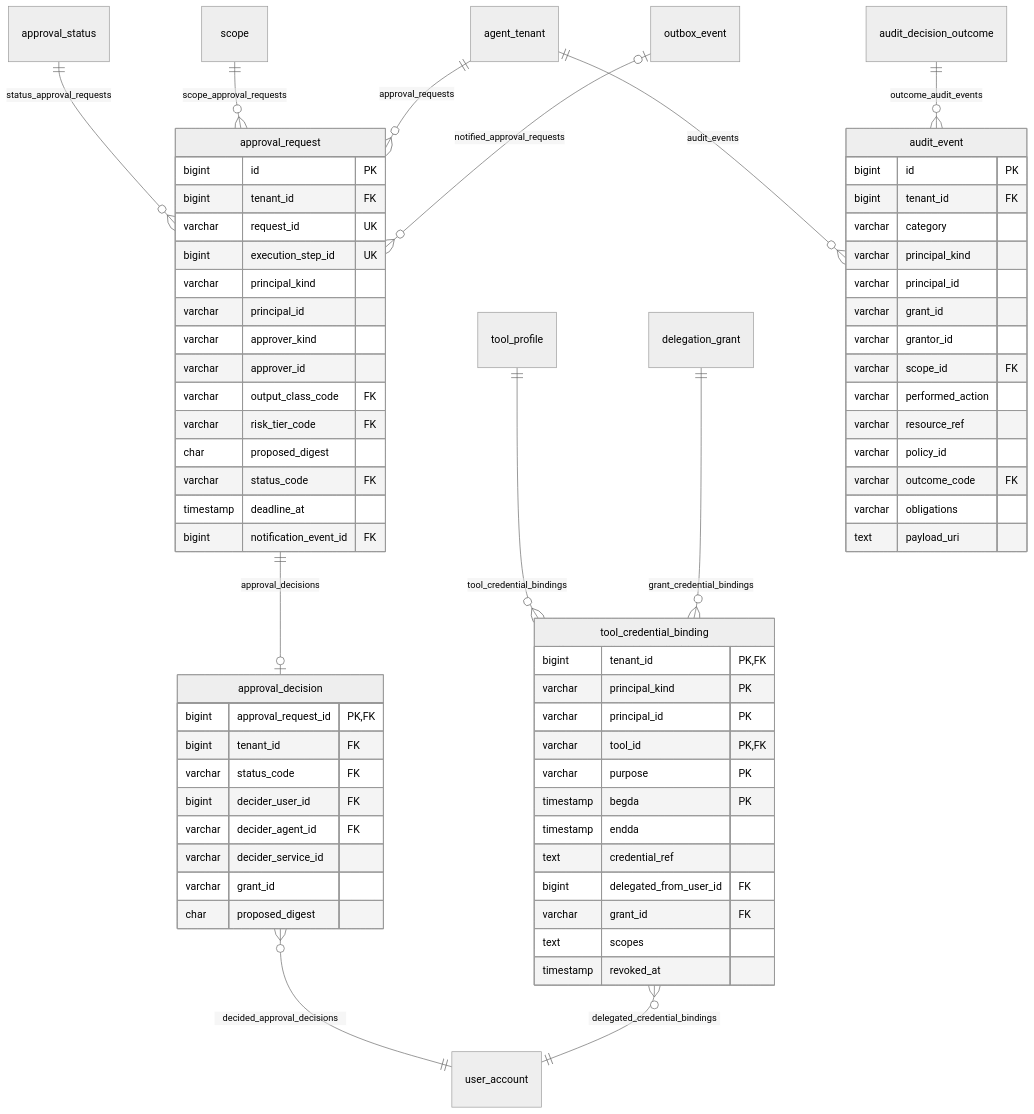
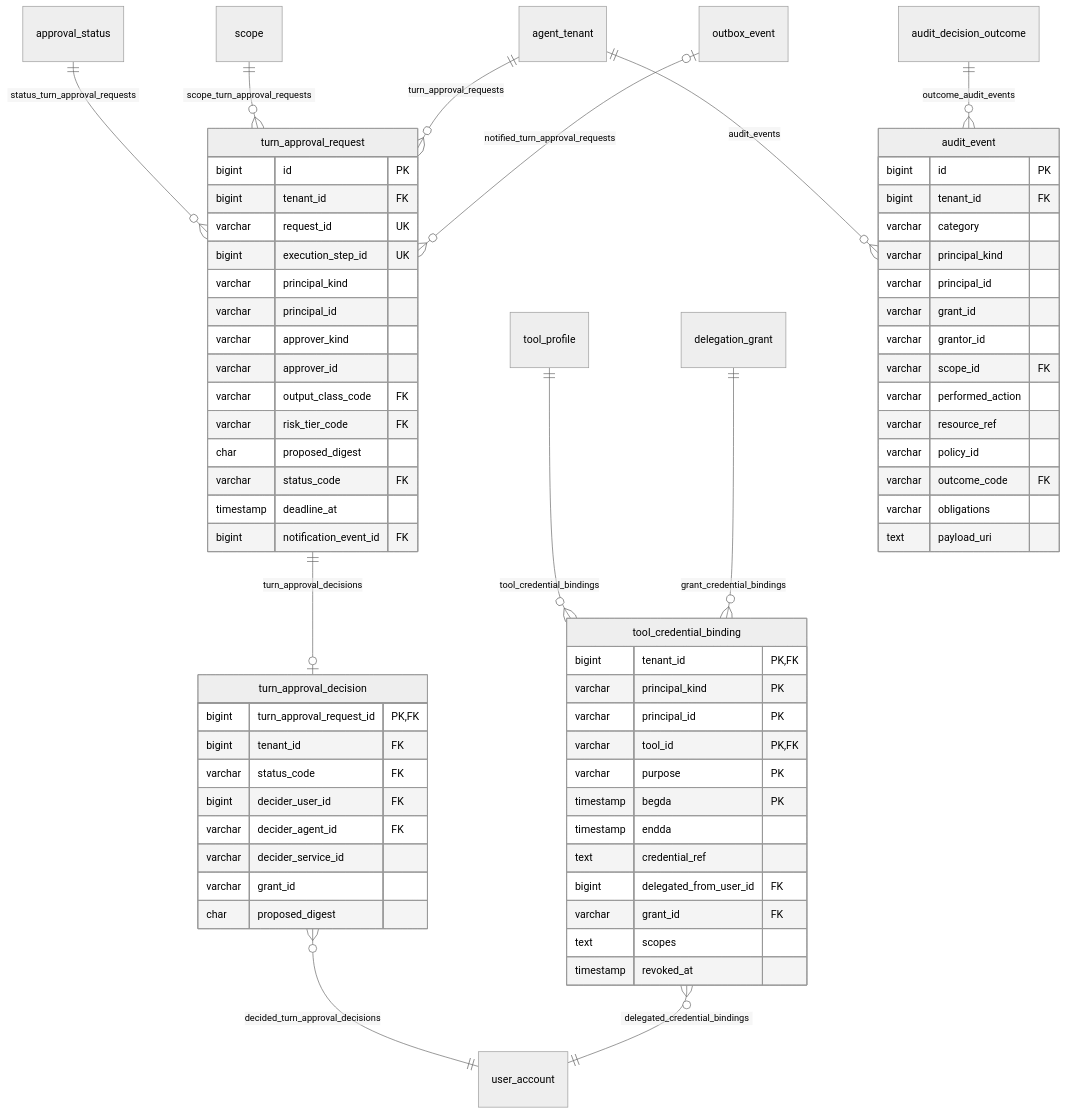
One commit to nauticana/scout changed the tenth of 18 diagrams in doc/database.md. Above: the diagram before and after it, drawn with Mermaid (neutral theme). The commit also changed other lines of this file and 29 other files, not shown here.

Commit message:
keel v1.2.100, confirmed MCP tool calls, turn approval tables renamed, restriction changes audited atomically

````diff
--- a/doc/database.md
+++ b/doc/database.md
@@ -883,71 +885,71 @@
 ```mermaid
 erDiagram
-    approval_status ||--o{ approval_request : status_approval_requests
-    scope ||--o{ approval_request : scope_approval_requests
-    agent_tenant ||--o{ approval_request : approval_requests
-    approval_request ||--o| approval_decision : approval_decisions
-    outbox_event |o--o{ approval_request : notified_approval_requests
+    approval_status ||--o{ turn_approval_request : status_turn_approval_requests
+    scope ||--o{ turn_approval_request : scope_turn_approval_requests
+    agent_tenant ||--o{ turn_approval_request : turn_approval_requests
+    turn_approval_request ||--o| turn_approval_decision : turn_approval_decisions
+    outbox_event |o--o{ turn_approval_request : notified_turn_approval_requests
     tool_profile ||--o{ tool_credential_binding : tool_credential_bindings
-    approval_decision }o--|| user_account : decided_approval_decisions
+    turn_approval_decision }o--|| user_account : decided_turn_approval_decisions
     tool_credential_binding }o--|| user_account : delegated_credential_bindings
     delegation_grant ||--o{ tool_credential_binding : grant_credential_bindings
     agent_tenant ||--o{ audit_event : audit_events
     audit_decision_outcome ||--o{ audit_event : outcome_audit_events
 
-    approval_request {
+    turn_approval_request {
         bigint id PK
         bigint tenant_id FK
         varchar request_id UK
         bigint execution_step_id UK
         varchar principal_kind
         varchar principal_id
         varchar approver_kind
         varchar approver_id
         varchar output_class_code FK
         varchar risk_tier_code FK
         char proposed_digest
         varchar status_code FK
         timestamp deadline_at
         bigint notification_event_id FK
     }
-    approval_decision {
-        bigint approval_request_id PK,FK
+    turn_approval_decision {
+        bigint turn_approval_request_id PK,FK
         bigint tenant_id FK
         varchar status_code FK
         bigint decider_user_id FK
         varchar decider_agent_id FK
         varchar decider_service_id
         varchar grant_id
         char proposed_digest
     }
     tool_credential_binding {
         bigint tenant_id PK,FK
         varchar principal_kind PK
         varchar principal_id PK
         varchar tool_id PK,FK
         varchar purpose PK
         timestamp begda PK
         timestamp endda
         text credential_ref
         bigint delegated_from_user_id FK
         varchar grant_id FK
         text scopes
         timestamp revoked_at
     }
     audit_event {
         bigint id PK
         bigint tenant_id FK
         varchar category
         varchar principal_kind
         varchar principal_id
         varchar grant_id
         varchar grantor_id
         varchar scope_id FK
         varchar performed_action
         varchar resource_ref
         varchar policy_id
         varchar outcome_code FK
         varchar obligations
         text payload_uri
     }
 ```
````
